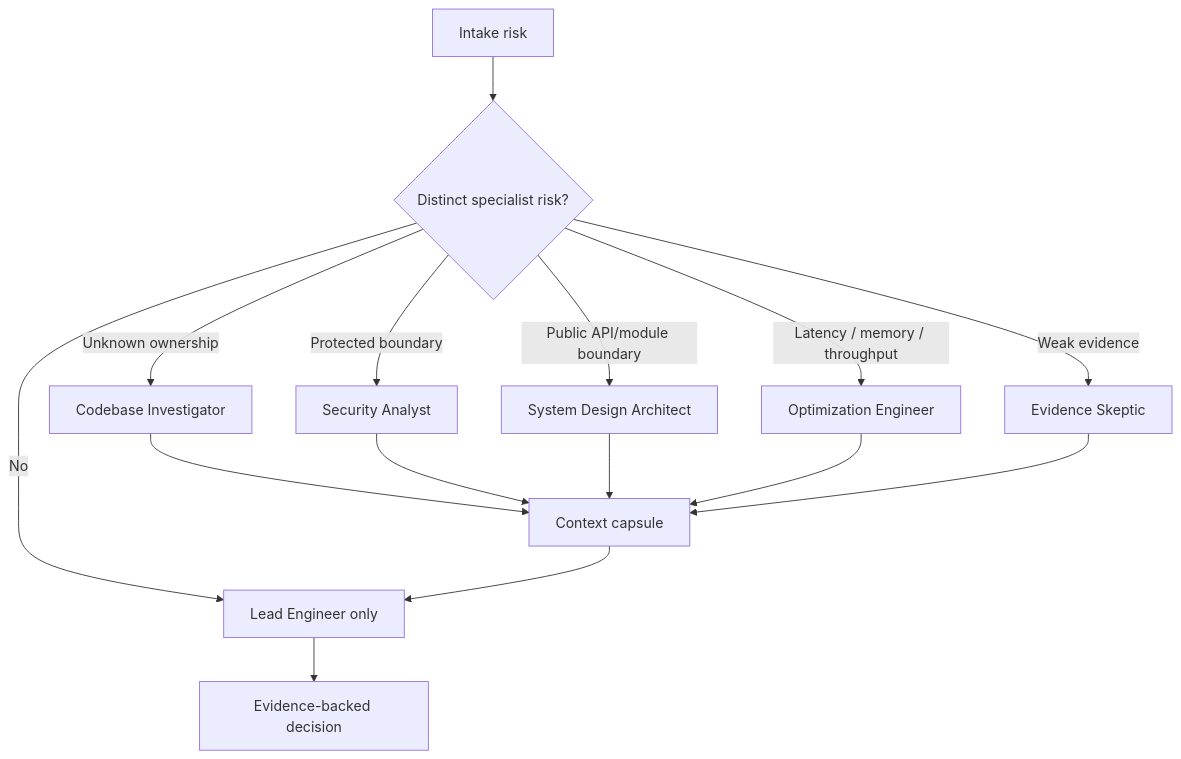
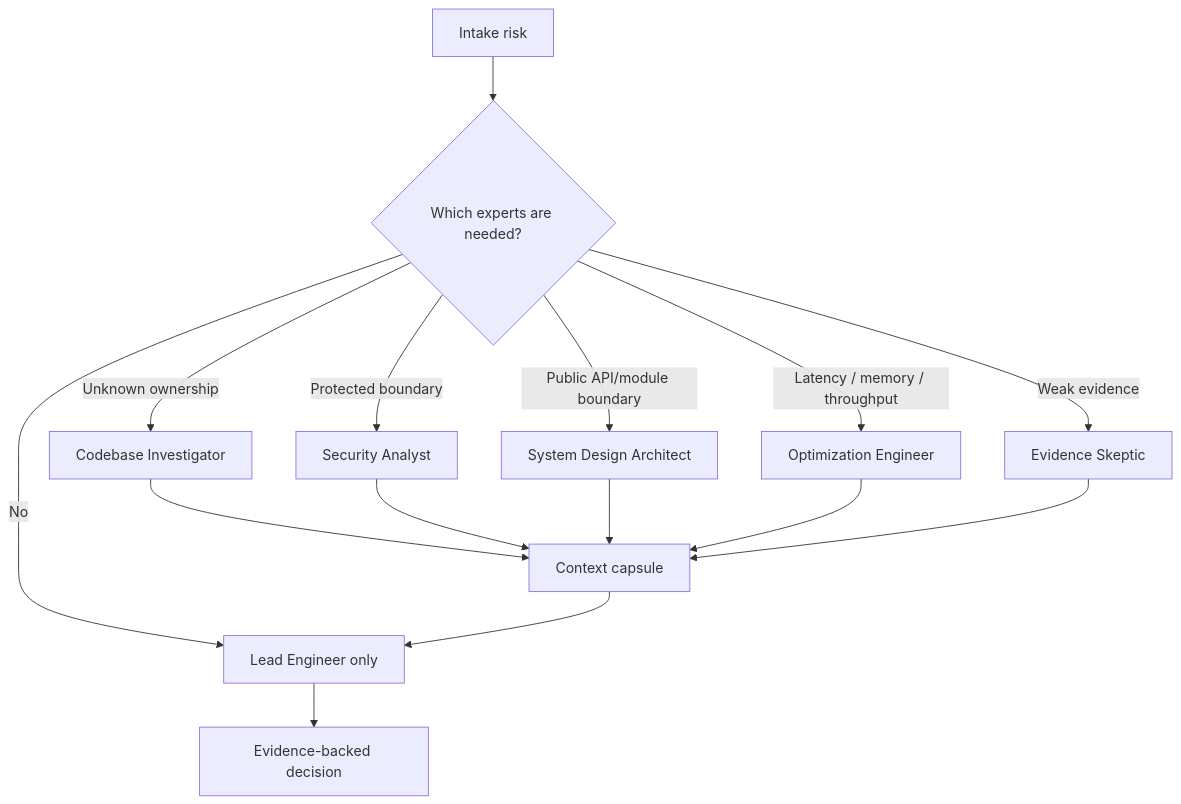
The second of 2 diagrams in README.md (daeon/EngineeringTeam), drawn with Mermaid before and after one commit. The commit also changed other lines of this file and 20 other files, not shown here.

````diff
--- a/README.md
+++ b/README.md
@@ -159,19 +163,19 @@
 ```mermaid
 flowchart TD
-    risk[Intake risk] --> route{Distinct specialist risk?}
+    risk[Intake risk] --> route{Which experts are needed?}
 
     route -->|Unknown ownership| investigator[Codebase Investigator]
     route -->|Protected boundary| security[Security Analyst]
     route -->|Public API/module boundary| architect[System Design Architect]
     route -->|Latency / memory / throughput| perf[Optimization Engineer]
     route -->|Weak evidence| skeptic[Evidence Skeptic]
     route -->|No| lead[Lead Engineer only]
 
     investigator --> capsule[Context capsule]
     security --> capsule
     architect --> capsule
     perf --> capsule
     skeptic --> capsule
     capsule --> lead
     lead --> decision[Evidence-backed decision]
 ```
````
